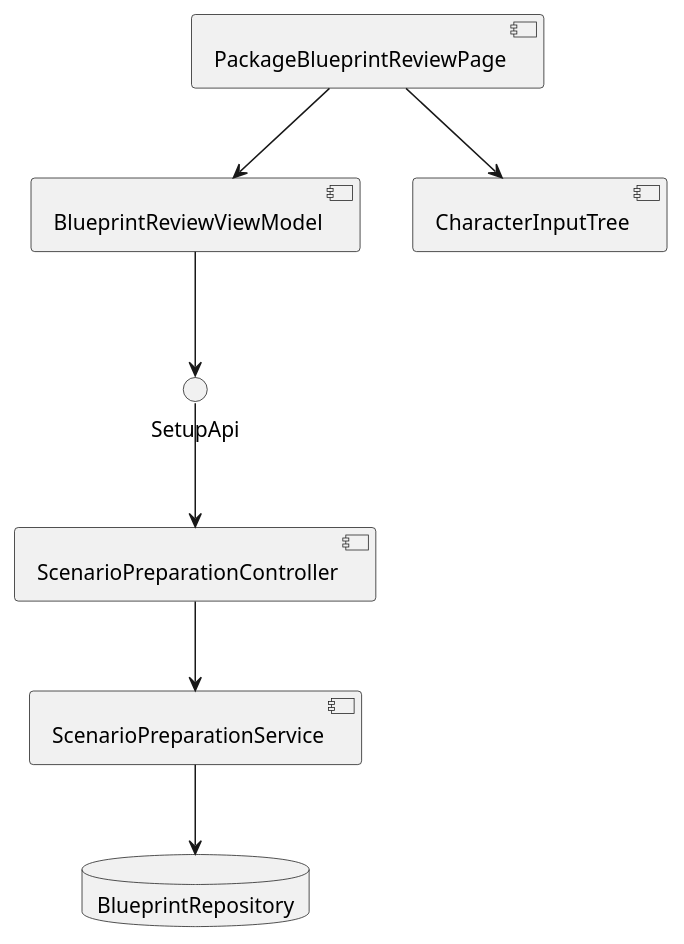
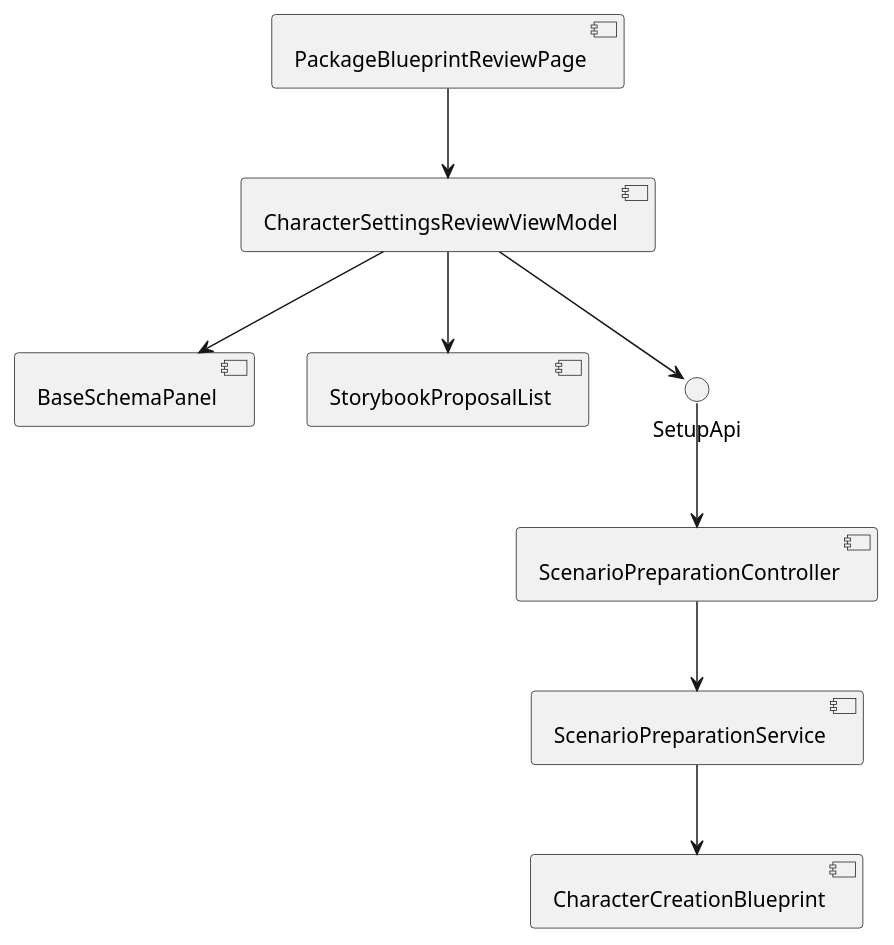
One commit to omegafrog/dnd-master changed the third of 4 diagrams in docs/specs/architecture-spec.md. Above: the diagram before and after it, drawn with PlantUML. The commit also changed other lines of this file and 6 other files, not shown here.

Commit message:
docs: split character settings review into implementation slices

````diff
--- a/docs/specs/architecture-spec.md
+++ b/docs/specs/architecture-spec.md
@@ -193,17 +184,19 @@
 ```plantuml
 @startuml
 component PackageBlueprintReviewPage as page
-component BlueprintReviewViewModel as vm
-component CharacterInputTree as tree
+component CharacterSettingsReviewViewModel as vm
+component BaseSchemaPanel as base
+component StorybookProposalList as proposals
 interface SetupApi as api
 component ScenarioPreparationController as controller
 component ScenarioPreparationService as service
-database BlueprintRepository as repo
+component CharacterCreationBlueprint as aggregate
 page --> vm
-page --> tree
+vm --> base
+vm --> proposals
 vm --> api
 api --> controller
 controller --> service
-service --> repo
+service --> aggregate
 @enduml
 ```
````
